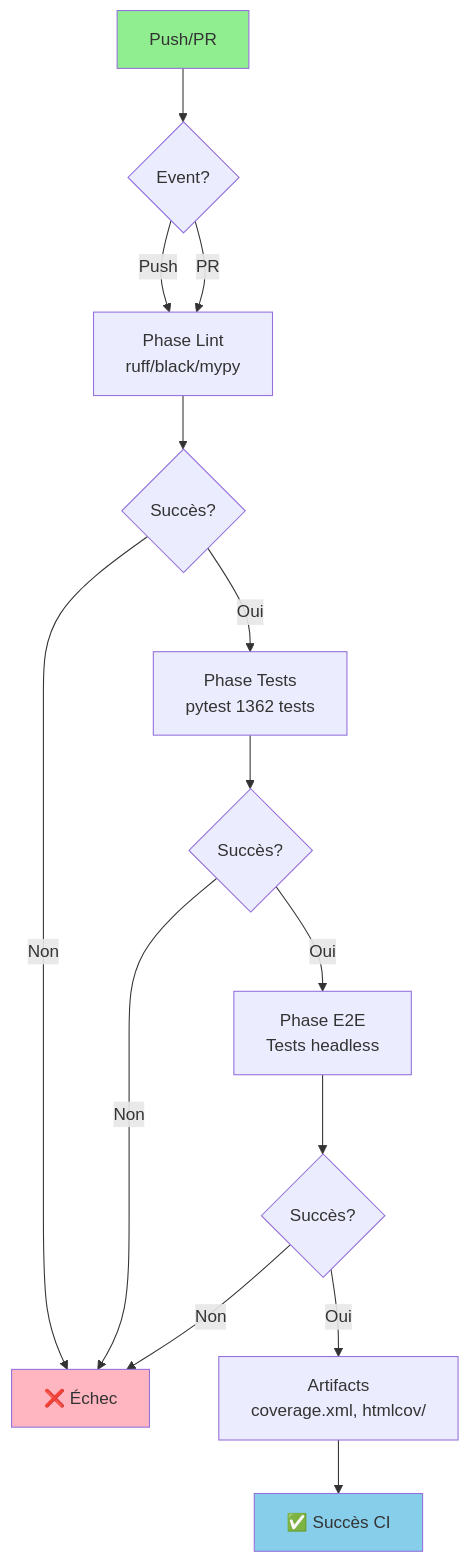
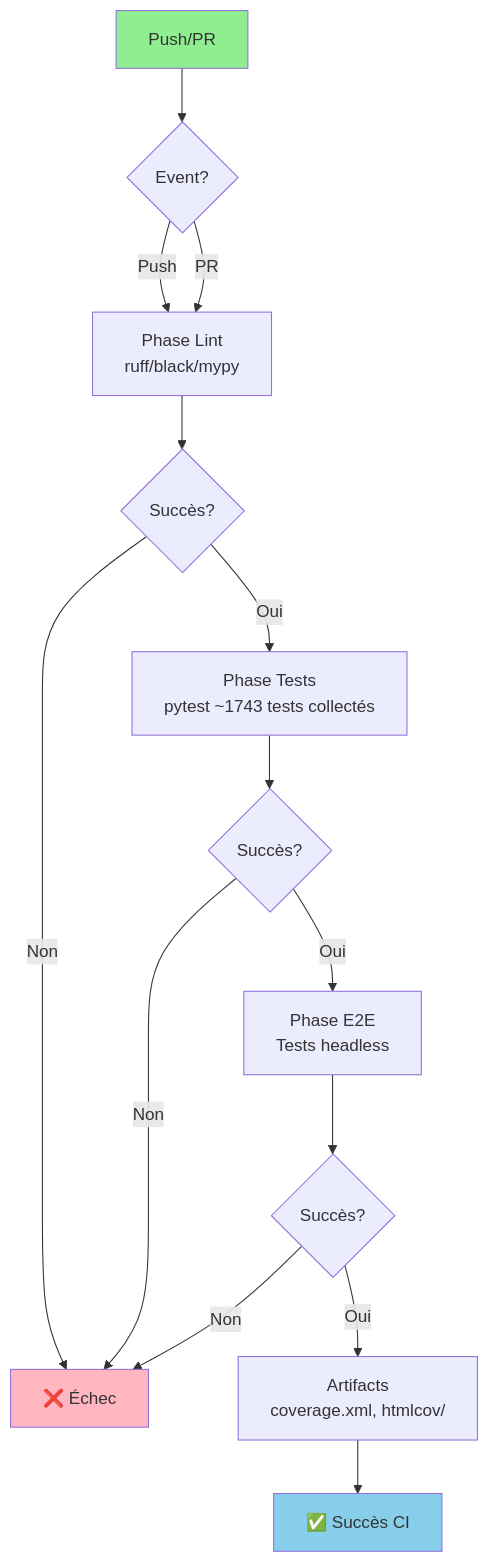
Before and after one commit to arkalia-luna-system/bbia-sim: the first of 2 diagrams in docs/deployment/PIPELINE_CI.md, drawn with Mermaid. The commit also changed other lines of this file and 1 other file, not shown here.

````diff
--- a/docs/deployment/PIPELINE_CI.md
+++ b/docs/deployment/PIPELINE_CI.md
@@ -20,26 +20,26 @@
 ```mermaid 📊
 flowchart TB
     START[Push/PR] --> TRIGGER{Event?}
     
     TRIGGER -->|Push| LINT[Phase Lint<br/>ruff/black/mypy]
     TRIGGER -->|PR| LINT
     
     LINT --> LINT_OK{Succès?}
-    LINT_OK -->|Oui| TESTS[Phase Tests<br/>pytest 1362 tests]
+    LINT_OK -->|Oui| TESTS[Phase Tests<br/>pytest ~1743 tests collectés]
     LINT_OK -->|Non| FAIL[❌ Échec]
     
     TESTS --> TESTS_OK{Succès?}
     TESTS_OK -->|Oui| E2E[Phase E2E<br/>Tests headless]
     TESTS_OK -->|Non| FAIL
     
     E2E --> E2E_OK{Succès?}
     E2E_OK -->|Oui| ARTIFACTS[Artifacts<br/>coverage.xml, htmlcov/]
     E2E_OK -->|Non| FAIL
     
     ARTIFACTS --> SUCCESS[✅ Succès CI]
     
     style START fill:#90EE90
     style SUCCESS fill:#87CEEB
     style FAIL fill:#FFB6C1
 
 ```
````
